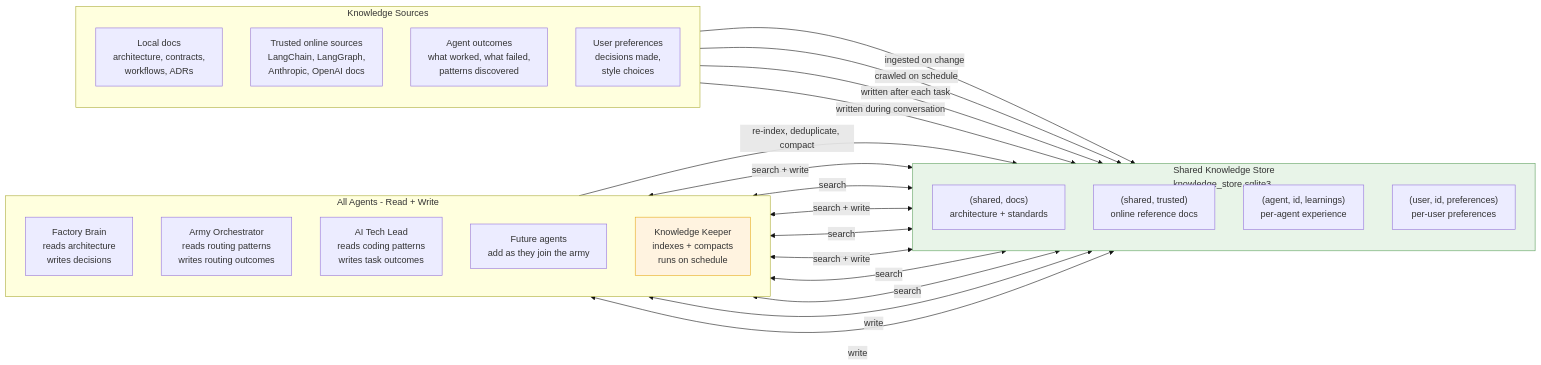
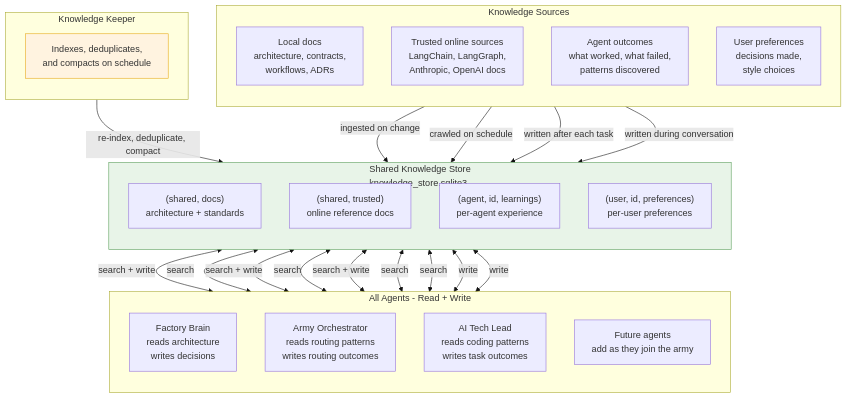
One commit to robvoto/agent-factory changed the diagram in docs/diagrams/04-KNOWLEDGE-FLOW.mmd. Above: the diagram before and after it, drawn with Mermaid. The commit also changed 21 other files, not shown here.

```diff
--- a/docs/diagrams/04-KNOWLEDGE-FLOW.mmd
+++ b/docs/diagrams/04-KNOWLEDGE-FLOW.mmd
@@ -1,49 +1,53 @@
 %%{init: {'themeVariables': {'lineColor': '#111111'}}}%%
-flowchart LR
+flowchart TB
     subgraph Sources["Knowledge Sources"]
         direction TB
         LocalDocs["Local docs<br/>architecture, contracts,<br/>workflows, ADRs"]
         TrustedURLs["Trusted online sources<br/>LangChain, LangGraph,<br/>Anthropic, OpenAI docs"]
         AgentOutcomes["Agent outcomes<br/>what worked, what failed,<br/>patterns discovered"]
         UserPrefs["User preferences<br/>decisions made,<br/>style choices"]
     end
 
     subgraph Store["Shared Knowledge Store<br/>knowledge_store.sqlite3"]
         direction TB
         SharedDocs["(shared, docs)<br/>architecture + standards"]
         SharedTrusted["(shared, trusted)<br/>online reference docs"]
         AgentLearnings["(agent, id, learnings)<br/>per-agent experience"]
         UserMemory["(user, id, preferences)<br/>per-user preferences"]
     end
 
     subgraph Agents["All Agents - Read + Write"]
         direction TB
         FactoryBrain["Factory Brain<br/>reads architecture<br/>writes decisions"]
         ArmyOrch["Army Orchestrator<br/>reads routing patterns<br/>writes routing outcomes"]
         ATL["AI Tech Lead<br/>reads coding patterns<br/>writes task outcomes"]
         FutureAgents["Future agents<br/>add as they join the army"]
-        Keeper["Knowledge Keeper<br/>indexes + compacts<br/>runs on schedule"]
+    end
+
+    subgraph KeeperSection["Knowledge Keeper"]
+        direction TB
+        Keeper["Indexes, deduplicates,<br/>and compacts on schedule"]
     end
 
     LocalDocs -->|ingested on change| SharedDocs
     TrustedURLs -->|crawled on schedule| SharedTrusted
     AgentOutcomes -->|written after each task| AgentLearnings
     UserPrefs -->|written during conversation| UserMemory
 
     SharedDocs <-->|search + write| FactoryBrain
     SharedTrusted <-->|search| FactoryBrain
     AgentLearnings <-->|search + write| FactoryBrain
 
     SharedDocs <-->|search| ArmyOrch
     AgentLearnings <-->|search + write| ArmyOrch
 
     SharedDocs <-->|search| ATL
     SharedTrusted <-->|search| ATL
     AgentLearnings <-->|write| ATL
 
     AgentLearnings <-->|write| FutureAgents
 
     Keeper -->|re-index, deduplicate, compact| Store
 
     style Store fill:#e8f4e8,stroke:#5a9e5a
     style Keeper fill:#fff3e0,stroke:#e6a817
```
